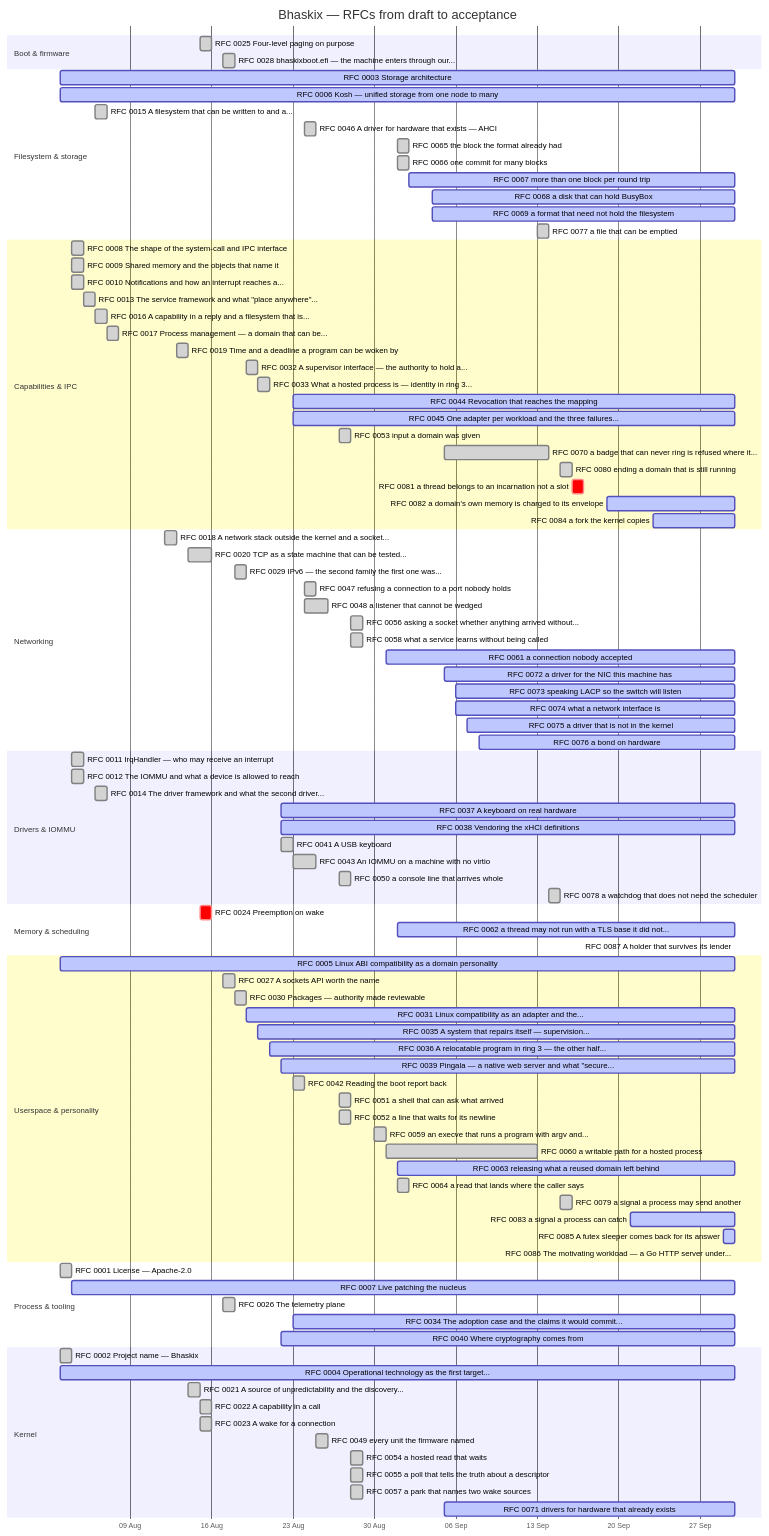
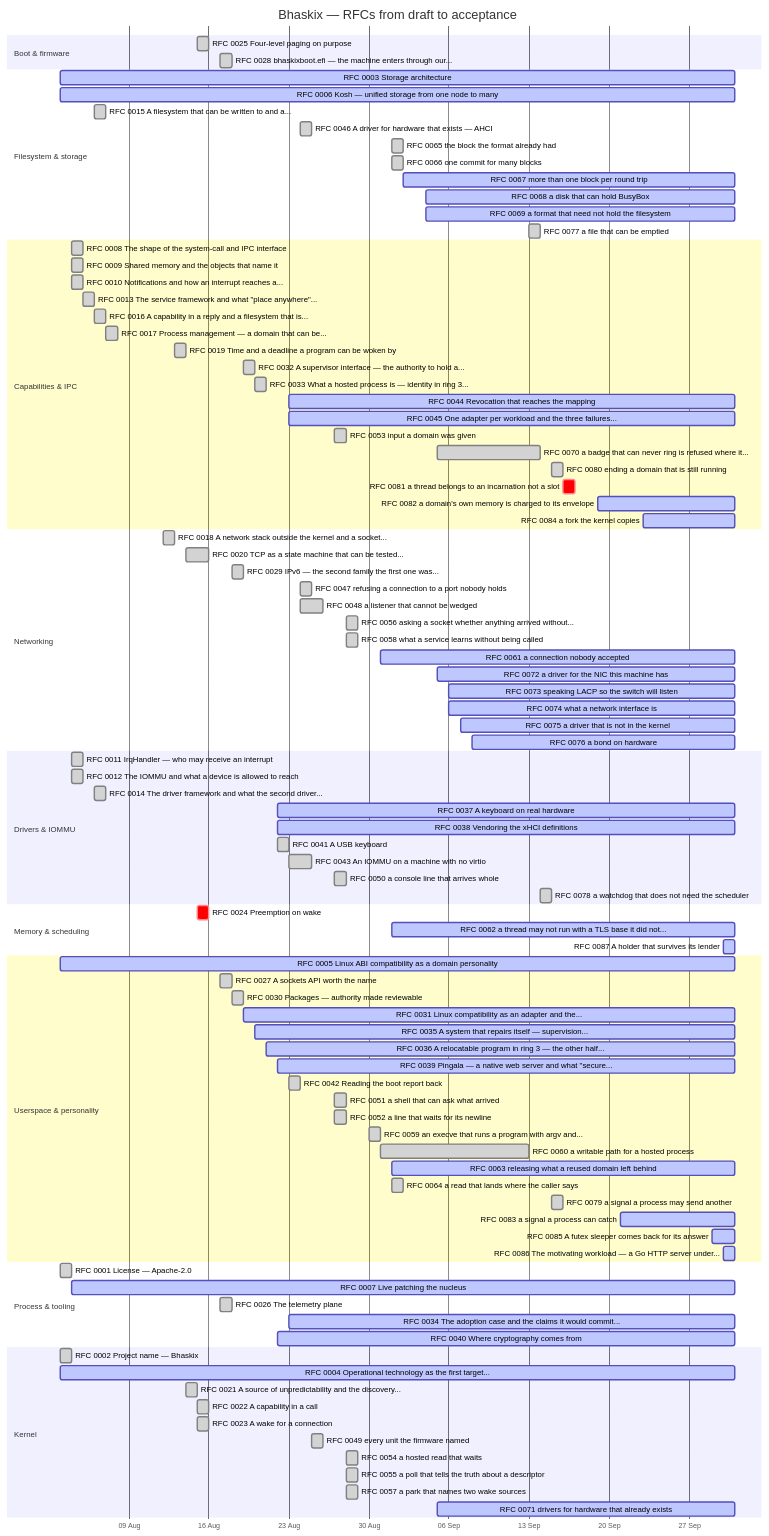
The diagram in docs/progress.md (bhaskix/bhaskix), drawn with Mermaid before and after one commit. The commit also changed other lines of this file and 32 other files, not shown here.

````diff
--- a/docs/progress.md
+++ b/docs/progress.md
@@ -31,15 +31,15 @@
     RFC 0025 Four-level paging on purpose :done, r0025, 2026-08-15, 2026-08-16
     RFC 0028 bhaskixboot.efi — the machine enters through our... :done, r0028, 2026-08-17, 2026-08-18
     section Filesystem & storage
-    RFC 0003 Storage architecture :active, r0003, 2026-08-03, 2026-09-30
-    RFC 0006 Kosh — unified storage from one node to many :active, r0006, 2026-08-03, 2026-09-30
+    RFC 0003 Storage architecture :active, r0003, 2026-08-03, 2026-10-01
+    RFC 0006 Kosh — unified storage from one node to many :active, r0006, 2026-08-03, 2026-10-01
     RFC 0015 A filesystem that can be written to and a... :done, r0015, 2026-08-06, 1d
     RFC 0046 A driver for hardware that exists — AHCI :done, r0046, 2026-08-24, 1d
     RFC 0065 the block the format already had :done, r0065, 2026-09-01, 1d
     RFC 0066 one commit for many blocks :done, r0066, 2026-09-01, 1d
-    RFC 0067 more than one block per round trip :active, r0067, 2026-09-02, 2026-09-30
-    RFC 0068 a disk that can hold BusyBox :active, r0068, 2026-09-04, 2026-09-30
-    RFC 0069 a format that need not hold the filesystem :active, r0069, 2026-09-04, 2026-09-30
+    RFC 0067 more than one block per round trip :active, r0067, 2026-09-02, 2026-10-01
+    RFC 0068 a disk that can hold BusyBox :active, r0068, 2026-09-04, 2026-10-01
+    RFC 0069 a format that need not hold the filesystem :active, r0069, 2026-09-04, 2026-10-01
     RFC 0077 a file that can be emptied :done, r0077, 2026-09-13, 1d
     section Capabilities & IPC
     RFC 0008 The shape of the system-call and IPC interface :done, r0008, 2026-08-04, 1d
@@ -51,14 +51,14 @@
     RFC 0019 Time and a deadline a program can be woken by :done, r0019, 2026-08-13, 2026-08-14
     RFC 0032 A supervisor interface — the authority to hold a... :done, r0032, 2026-08-19, 2026-08-20
     RFC 0033 What a hosted process is — identity in ring 3... :done, r0033, 2026-08-20, 1d
-    RFC 0044 Revocation that reaches the mapping :active, r0044, 2026-08-23, 2026-09-30
-    RFC 0045 One adapter per workload and the three failures... :active, r0045, 2026-08-23, 2026-09-30
+    RFC 0044 Revocation that reaches the mapping :active, r0044, 2026-08-23, 2026-10-01
+    RFC 0045 One adapter per workload and the three failures... :active, r0045, 2026-08-23, 2026-10-01
     RFC 0053 input a domain was given :done, r0053, 2026-08-27, 1d
     RFC 0070 a badge that can never ring is refused where it... :done, r0070, 2026-09-05, 2026-09-14
     RFC 0080 ending a domain that is still running :done, r0080, 2026-09-15, 1d
     RFC 0081 a thread belongs to an incarnation not a slot :crit, r0081, 2026-09-16, 1d
-    RFC 0082 a domain's own memory is charged to its envelope :active, r0082, 2026-09-19, 2026-09-30
-    RFC 0084 a fork the kernel copies :active, r0084, 2026-09-23, 2026-09-30
+    RFC 0082 a domain's own memory is charged to its envelope :active, r0082, 2026-09-19, 2026-10-01
+    RFC 0084 a fork the kernel copies :active, r0084, 2026-09-23, 2026-10-01
     section Networking
     RFC 0018 A network stack outside the kernel and a socket... :done, r0018, 2026-08-12, 2026-08-13
     RFC 0020 TCP as a state machine that can be tested... :done, r0020, 2026-08-14, 2026-08-16
@@ -67,54 +67,54 @@
     RFC 0048 a listener that cannot be wedged :done, r0048, 2026-08-24, 2026-08-26
     RFC 0056 asking a socket whether anything arrived without... :done, r0056, 2026-08-28, 1d
     RFC 0058 what a service learns without being called :done, r0058, 2026-08-28, 1d
-    RFC 0061 a connection nobody accepted :active, r0061, 2026-08-31, 2026-09-30
-    RFC 0072 a driver for the NIC this machine has :active, r0072, 2026-09-05, 2026-09-30
-    RFC 0073 speaking LACP so the switch will listen :active, r0073, 2026-09-06, 2026-09-30
-    RFC 0074 what a network interface is :active, r0074, 2026-09-06, 2026-09-30
-    RFC 0075 a driver that is not in the kernel :active, r0075, 2026-09-07, 2026-09-30
-    RFC 0076 a bond on hardware :active, r0076, 2026-09-08, 2026-09-30
+    RFC 0061 a connection nobody accepted :active, r0061, 2026-08-31, 2026-10-01
+    RFC 0072 a driver for the NIC this machine has :active, r0072, 2026-09-05, 2026-10-01
+    RFC 0073 speaking LACP so the switch will listen :active, r0073, 2026-09-06, 2026-10-01
+    RFC 0074 what a network interface is :active, r0074, 2026-09-06, 2026-10-01
+    RFC 0075 a driver that is not in the kernel :active, r0075, 2026-09-07, 2026-10-01
+    RFC 0076 a bond on hardware :active, r0076, 2026-09-08, 2026-10-01
     section Drivers & IOMMU
     RFC 0011 IrqHandler — who may receive an interrupt :done, r0011, 2026-08-04, 1d
     RFC 0012 The IOMMU and what a device is allowed to reach :done, r0012, 2026-08-04, 1d
     RFC 0014 The driver framework and what the second driver... :done, r0014, 2026-08-06, 1d
-    RFC 0037 A keyboard on real hardware :active, r0037, 2026-08-22, 2026-09-30
-    RFC 0038 Vendoring the xHCI definitions :active, r0038, 2026-08-22, 2026-09-30
+    RFC 0037 A keyboard on real hardware :active, r0037, 2026-08-22, 2026-10-01
+    RFC 0038 Vendoring the xHCI definitions :active, r0038, 2026-08-22, 2026-10-01
     RFC 0041 A USB keyboard :done, r0041, 2026-08-22, 2026-08-23
     RFC 0043 An IOMMU on a machine with no virtio :done, r0043, 2026-08-23, 2026-08-25
     RFC 0050 a console line that arrives whole :done, r0050, 2026-08-27, 1d
     RFC 0078 a watchdog that does not need the scheduler :done, r0078, 2026-09-14, 2026-09-15
     section Memory & scheduling
     RFC 0024 Preemption on wake :crit, r0024, 2026-08-15, 1d
-    RFC 0062 a thread may not run with a TLS base it did not... :active, r0062, 2026-09-01, 2026-09-30
-    RFC 0087 A holder that survives its lender :active, r0087, 2026-09-30, 2026-09-30
+    RFC 0062 a thread may not run with a TLS base it did not... :active, r0062, 2026-09-01, 2026-10-01
+    RFC 0087 A holder that survives its lender :active, r0087, 2026-09-30, 2026-10-01
     section Userspace & personality
-    RFC 0005 Linux ABI compatibility as a domain personality :active, r0005, 2026-08-03, 2026-09-30
+    RFC 0005 Linux ABI compatibility as a domain personality :active, r0005, 2026-08-03, 2026-10-01
     RFC 0027 A sockets API worth the name :done, r0027, 2026-08-17, 1d
     RFC 0030 Packages — authority made reviewable :done, r0030, 2026-08-18, 2026-08-19
-    RFC 0031 Linux compatibility as an adapter and the... :active, r0031, 2026-08-19, 2026-09-30
-    RFC 0035 A system that repairs itself — supervision... :active, r0035, 2026-08-20, 2026-09-30
-    RFC 0036 A relocatable program in ring 3 — the other half... :active, r0036, 2026-08-21, 2026-09-30
-    RFC 0039 Pingala — a native web server and what "secure... :active, r0039, 2026-08-22, 2026-09-30
+    RFC 0031 Linux compatibility as an adapter and the... :active, r0031, 2026-08-19, 2026-10-01
+    RFC 0035 A system that repairs itself — supervision... :active, r0035, 2026-08-20, 2026-10-01
+    RFC 0036 A relocatable program in ring 3 — the other half... :active, r0036, 2026-08-21, 2026-10-01
+    RFC 0039 Pingala — a native web server and what "secure... :active, r0039, 2026-08-22, 2026-10-01
     RFC 0042 Reading the boot report back :done, r0042, 2026-08-23, 1d
     RFC 0051 a shell that can ask what arrived :done, r0051, 2026-08-27, 1d
     RFC 0052 a line that waits for its newline :done, r0052, 2026-08-27, 1d
     RFC 0059 an execve that runs a program with argv and... :done, r0059, 2026-08-30, 1d
     RFC 0060 a writable path for a hosted process :done, r0060, 2026-08-31, 2026-09-13
-    RFC 0063 releasing what a reused domain left behind :active, r0063, 2026-09-01, 2026-09-30
+    RFC 0063 releasing what a reused domain left behind :active, r0063, 2026-09-01, 2026-10-01
     RFC 0064 a read that lands where the caller says :done, r0064, 2026-09-01, 1d
     RFC 0079 a signal a process may send another :done, r0079, 2026-09-15, 1d
-    RFC 0083 a signal a process can catch :active, r0083, 2026-09-21, 2026-09-30
-    RFC 0085 A futex sleeper comes back for its answer :active, r0085, 2026-09-29, 2026-09-30
-    RFC 0086 The motivating workload — a Go HTTP server under... :active, r0086, 2026-09-30, 2026-09-30
+    RFC 0083 a signal a process can catch :active, r0083, 2026-09-21, 2026-10-01
+    RFC 0085 A futex sleeper comes back for its answer :active, r0085, 2026-09-29, 2026-10-01
+    RFC 0086 The motivating workload — a Go HTTP server under... :active, r0086, 2026-09-30, 2026-10-01
     section Process & tooling
     RFC 0001 License — Apache-2.0 :done, r0001, 2026-08-03, 1d
-    RFC 0007 Live patching the nucleus :active, r0007, 2026-08-04, 2026-09-30
+    RFC 0007 Live patching the nucleus :active, r0007, 2026-08-04, 2026-10-01
     RFC 0026 The telemetry plane :done, r0026, 2026-08-17, 1d
-    RFC 0034 The adoption case and the claims it would commit... :active, r0034, 2026-08-23, 2026-09-30
-    RFC 0040 Where cryptography comes from :active, r0040, 2026-08-22, 2026-09-30
+    RFC 0034 The adoption case and the claims it would commit... :active, r0034, 2026-08-23, 2026-10-01
+    RFC 0040 Where cryptography comes from :active, r0040, 2026-08-22, 2026-10-01
     section Kernel
     RFC 0002 Project name — Bhaskix :done, r0002, 2026-08-03, 1d
-    RFC 0004 Operational technology as the first target... :active, r0004, 2026-08-03, 2026-09-30
+    RFC 0004 Operational technology as the first target... :active, r0004, 2026-08-03, 2026-10-01
     RFC 0021 A source of unpredictability and the discovery... :done, r0021, 2026-08-14, 1d
     RFC 0022 A capability in a call :done, r0022, 2026-08-15, 2026-08-16
     RFC 0023 A wake for a connection :done, r0023, 2026-08-15, 2026-08-16
@@ -122,5 +122,5 @@
     RFC 0054 a hosted read that waits :done, r0054, 2026-08-28, 1d
     RFC 0055 a poll that tells the truth about a descriptor :done, r0055, 2026-08-28, 1d
     RFC 0057 a park that names two wake sources :done, r0057, 2026-08-28, 1d
-    RFC 0071 drivers for hardware that already exists :active, r0071, 2026-09-05, 2026-09-30
+    RFC 0071 drivers for hardware that already exists :active, r0071, 2026-09-05, 2026-10-01
 ```
````
